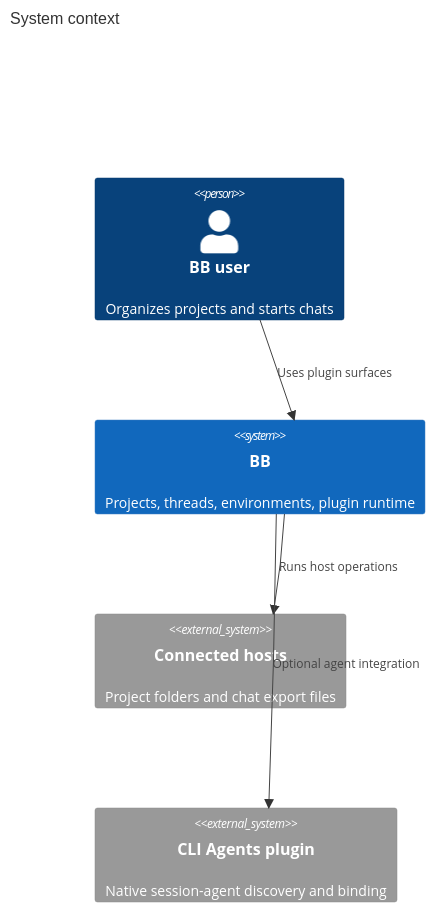
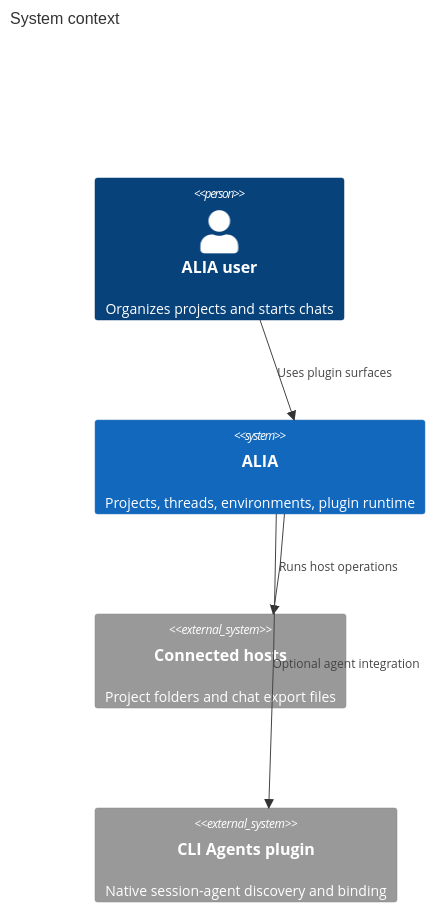
One commit to Vesnalia/vesnalia-plugins changed the first of 4 diagrams in plugins/project-folders/docs/architecture.md. Above: the diagram before and after it, drawn with Mermaid. The commit also changed other lines of this file and 13306 other files, not shown here.

````diff
--- a/plugins/project-folders/docs/architecture.md
+++ b/plugins/project-folders/docs/architecture.md
@@ -33,11 +33,11 @@
 ```mermaid
 C4Context
   title System context
-  Person(user, "BB user", "Organizes projects and starts chats")
-  System(bb, "BB", "Projects, threads, environments, plugin runtime")
+  Person(user, "ALIA user", "Organizes projects and starts chats")
+  System(alia, "ALIA", "Projects, threads, environments, plugin runtime")
   System_Ext(hosts, "Connected hosts", "Project folders and chat export files")
   System_Ext(cli, "CLI Agents plugin", "Native session-agent discovery and binding")
-  Rel(user, bb, "Uses plugin surfaces")
-  Rel(bb, hosts, "Runs host operations")
-  Rel(bb, cli, "Optional agent integration")
+  Rel(user, alia, "Uses plugin surfaces")
+  Rel(alia, hosts, "Runs host operations")
+  Rel(alia, cli, "Optional agent integration")
 ```
````
